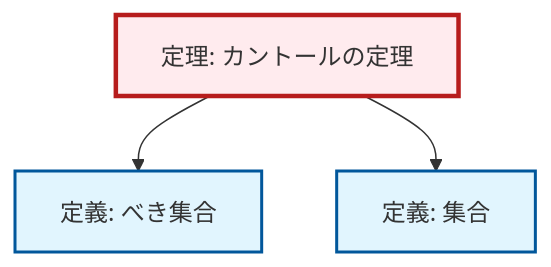
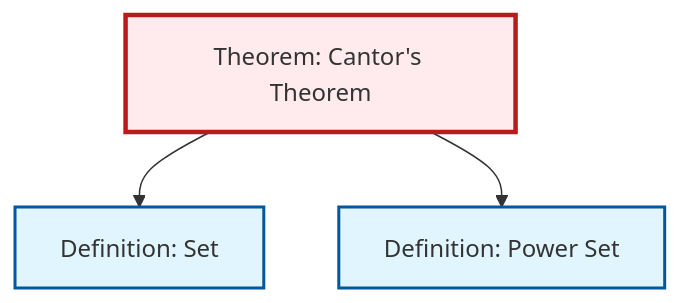
Before and after one commit to RK0429/ModernMath: the second of 2 diagrams in content/ja/logic-set-theory/thm-cantor.qmd, drawn with Mermaid. The commit also changed 203 other files, not shown here.

````diff
--- a/content/ja/logic-set-theory/thm-cantor.qmd
+++ b/content/ja/logic-set-theory/thm-cantor.qmd
@@ -71,18 +71,15 @@
 ```{mermaid}
-%%| fig-cap: "ローカル依存関係グラフ"
+%%| fig-cap: "Local dependency graph"
 graph TD
     classDef definition fill:#e1f5fe,stroke:#01579b,stroke-width:2px
     classDef theorem fill:#f3e5f5,stroke:#4a148c,stroke-width:2px
     classDef axiom fill:#fff3e0,stroke:#e65100,stroke-width:2px
     classDef example fill:#e8f5e9,stroke:#1b5e20,stroke-width:2px
     classDef current fill:#ffebee,stroke:#b71c1c,stroke-width:3px
-    def-set["定義: 集合"]:::definition
-    thm-cantor["定理: カントールの定理"]:::theorem
-    def-power-set["定義: べき集合"]:::definition
+    thm-cantor["Theorem: Cantor's Theorem"]:::theorem
+    def-power-set["Definition: Power Set"]:::definition
+    def-set["Definition: Set"]:::definition
+    thm-cantor --> def-set
     thm-cantor --> def-power-set
-    thm-cantor --> def-set
     class thm-cantor current
-
-    click def-set "def-set.html" "Go to 定義: 集合"
-    click def-power-set "def-power-set.html" "Go to 定義: べき集合"
 ```
````
